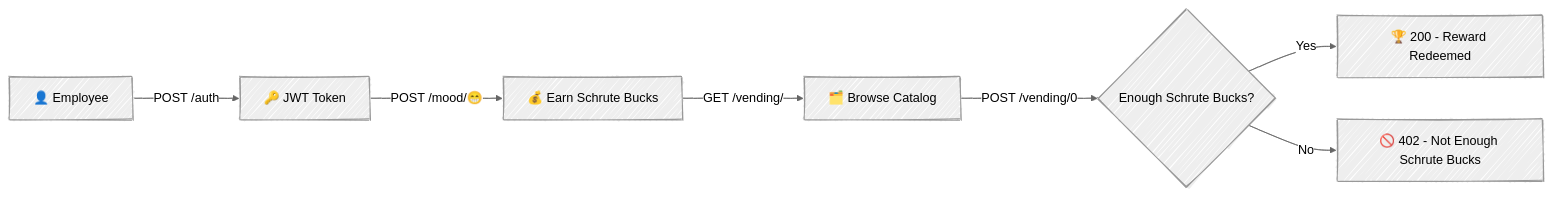
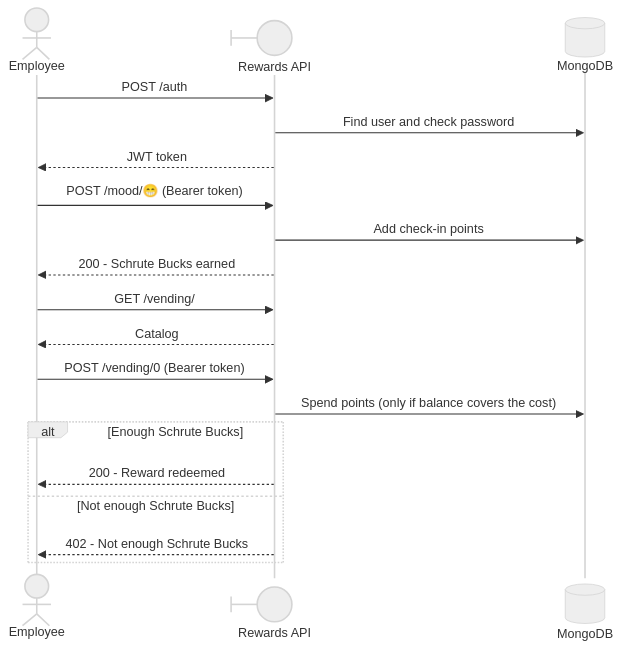
Before and after one commit to avcaliani/deep-dive-fast-api: the diagram in README.md, drawn with Mermaid. The commit also changed other lines of this file, not shown here.

Commit message:
docs: Add gif, sequence diagram, and project structure to README

````diff
--- a/README.md
+++ b/README.md
@@ -18,10 +20,26 @@
 ```mermaid
 %%{ init: { 'look': 'handDrawn', 'theme': 'neutral' } }%%
-flowchart LR
-    A[👤 Employee] -->|"POST /auth"| B[🔑 JWT Token]
-    B -->|"POST /mood/😁"| C[💰 Earn Schrute Bucks]
-    C -->|"GET /vending/"| D[🗂️ Browse Catalog]
-    D -->|"POST /vending/0"| E{Enough Schrute Bucks?}
-    E -->|Yes| F[🏆 200 - Reward Redeemed]
-    E -->|No| G[🚫 402 - Not Enough Schrute Bucks]
+sequenceDiagram
+    actor E as Employee
+    participant A@{ "type": "boundary" } as Rewards API
+    participant M@{ "type": "database" } as MongoDB
+
+    E->>A: POST /auth
+    A->>M: Find user and check password
+    A-->>E: JWT token
+
+    E->>A: POST /mood/😁 (Bearer token)
+    A->>M: Add check-in points
+    A-->>E: 200 - Schrute Bucks earned
+
+    E->>A: GET /vending/
+    A-->>E: Catalog
+
+    E->>A: POST /vending/0 (Bearer token)
+    A->>M: Spend points (only if balance covers the cost)
+    alt Enough Schrute Bucks
+        A-->>E: 200 - Reward redeemed
+    else Not enough Schrute Bucks
+        A-->>E: 402 - Not enough Schrute Bucks
+    end
 ```
````
